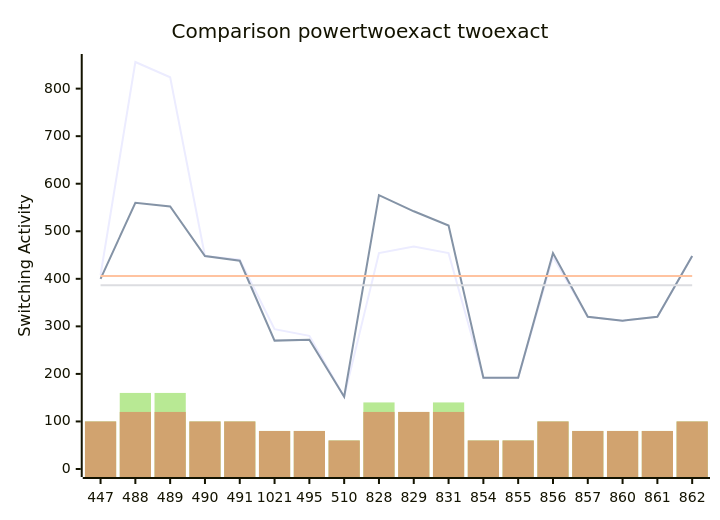
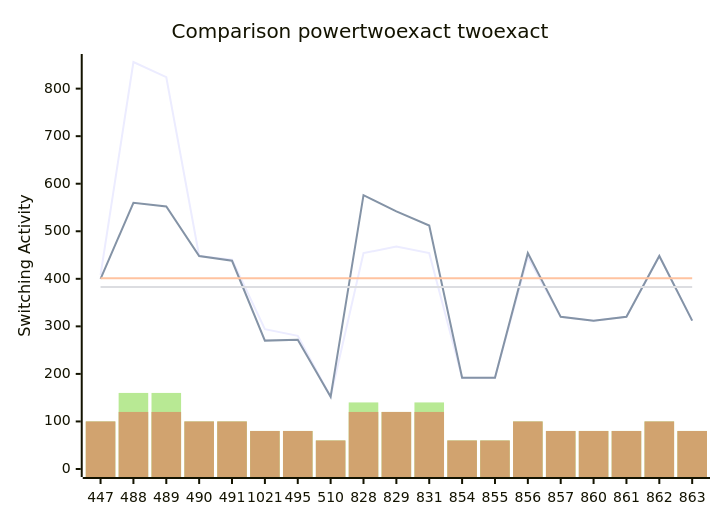
The diagram in benchmark_opt2.md (FeldmeierMichael/Exact-Power-Synthesis), drawn with Mermaid before and after one commit. The commit also changed other lines of this file, not shown here.

````diff
--- a/benchmark_opt2.md
+++ b/benchmark_opt2.md
@@ -37,12 +39,12 @@
 ```mermaid
 xychart-beta
     title "Comparison powertwoexact twoexact"
-    x-axis [447, 488, 489, 490, 491, 1021, 495, 510, 828, 829, 831, 854, 855, 856, 857, 860, 861, 862]
+    x-axis [447, 488, 489, 490, 491, 1021, 495, 510, 828, 829, 831, 854, 855, 856, 857, 860, 861, 862, 863]
     y-axis "Switching Activity" 0-->856
-    line [408, 856, 824, 448, 440, 294, 280, 152, 454, 468, 454, 192, 192, 446, 320, 312, 320, 448]
-    line [400, 560, 552, 448, 438, 270, 272, 152, 576, 542, 512, 192, 192, 454, 320, 312, 320, 448]
-    line [406.0, 406.0, 406.0, 406.0, 406.0, 406.0, 406.0, 406.0, 406.0, 406.0, 406.0, 406.0, 406.0, 406.0, 406.0, 406.0, 406.0, 406.0]
-    line [386.6666666666667, 386.6666666666667, 386.6666666666667, 386.6666666666667, 386.6666666666667, 386.6666666666667, 386.6666666666667, 386.6666666666667, 386.6666666666667, 386.6666666666667, 386.6666666666667, 386.6666666666667, 386.6666666666667, 386.6666666666667, 386.6666666666667, 386.6666666666667, 386.6666666666667, 386.6666666666667]
-    bar [100, 160, 160, 100, 100, 80, 80, 60, 140, 120, 140, 60, 60, 100, 80, 80, 80, 100]
-    bar [100, 120, 120, 100, 100, 80, 80, 60, 120, 120, 120, 60, 60, 100, 80, 80, 80, 100]
+    line [408, 856, 824, 448, 440, 294, 280, 152, 454, 468, 454, 192, 192, 446, 320, 312, 320, 448, 312]
+    line [400, 560, 552, 448, 438, 270, 272, 152, 576, 542, 512, 192, 192, 454, 320, 312, 320, 448, 312]
+    line [401.05263157894734, 401.05263157894734, 401.05263157894734, 401.05263157894734, 401.05263157894734, 401.05263157894734, 401.05263157894734, 401.05263157894734, 401.05263157894734, 401.05263157894734, 401.05263157894734, 401.05263157894734, 401.05263157894734, 401.05263157894734, 401.05263157894734, 401.05263157894734, 401.05263157894734, 401.05263157894734, 401.05263157894734]
+    line [382.7368421052632, 382.7368421052632, 382.7368421052632, 382.7368421052632, 382.7368421052632, 382.7368421052632, 382.7368421052632, 382.7368421052632, 382.7368421052632, 382.7368421052632, 382.7368421052632, 382.7368421052632, 382.7368421052632, 382.7368421052632, 382.7368421052632, 382.7368421052632, 382.7368421052632, 382.7368421052632, 382.7368421052632]
+    bar [100, 160, 160, 100, 100, 80, 80, 60, 140, 120, 140, 60, 60, 100, 80, 80, 80, 100, 80]
+    bar [100, 120, 120, 100, 100, 80, 80, 60, 120, 120, 120, 60, 60, 100, 80, 80, 80, 100, 80]
 ```
````
